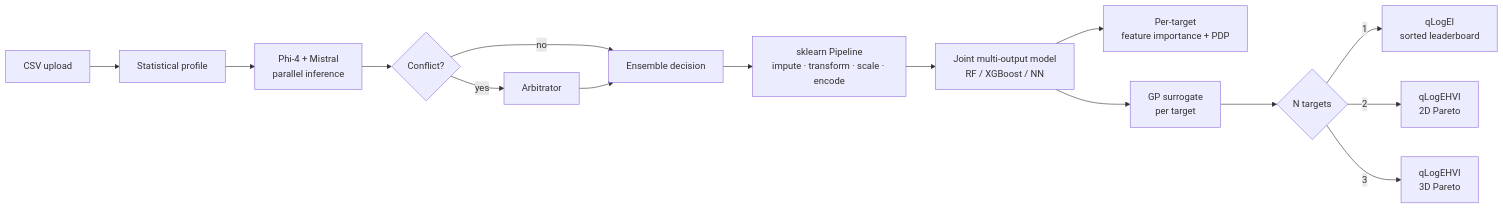
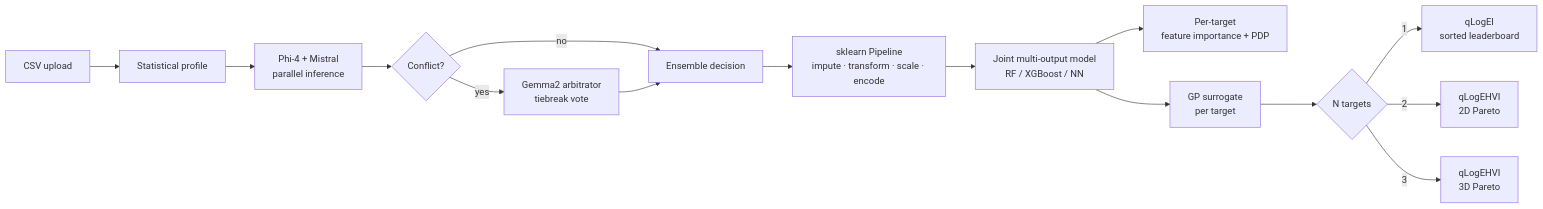
One commit to Nkoizumi/llm-eda-mobo changed the diagram in README.md. Above: the diagram before and after it, drawn with Mermaid. The commit also changed other lines of this file, not shown here.

First line of the commit message:
Docs: promote Gemma2 to first-class tiebreaker in README

````diff
--- a/README.md
+++ b/README.md
@@ -70,17 +70,17 @@
 ```mermaid
 flowchart LR
     A[CSV upload] --> B[Statistical profile]
     B --> C[Phi-4 + Mistral<br/>parallel inference]
     C --> D{Conflict?}
     D -- no --> E[Ensemble decision]
-    D -- yes --> F[Arbitrator]
+    D -- yes --> F[Gemma2 arbitrator<br/>tiebreak vote]
     F --> E
     E --> G[sklearn Pipeline<br/>impute · transform · scale · encode]
     G --> H[Joint multi-output model<br/>RF / XGBoost / NN]
     H --> I[Per-target<br/>feature importance + PDP]
     H --> J[GP surrogate<br/>per target]
     J --> K{N targets}
     K -- 1 --> L[qLogEI<br/>sorted leaderboard]
     K -- 2 --> M[qLogEHVI<br/>2D Pareto]
     K -- 3 --> N[qLogEHVI<br/>3D Pareto]
 ```
````
